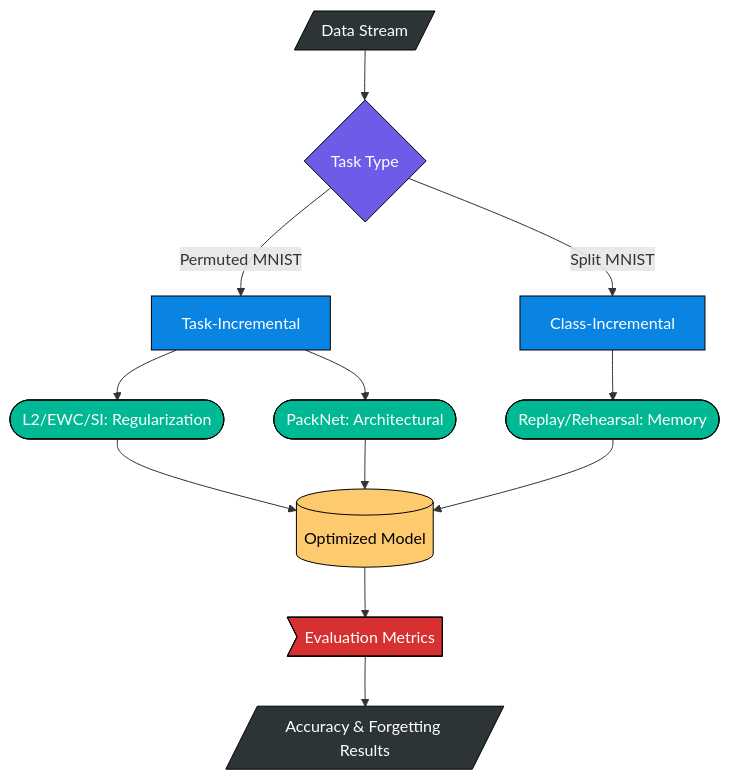
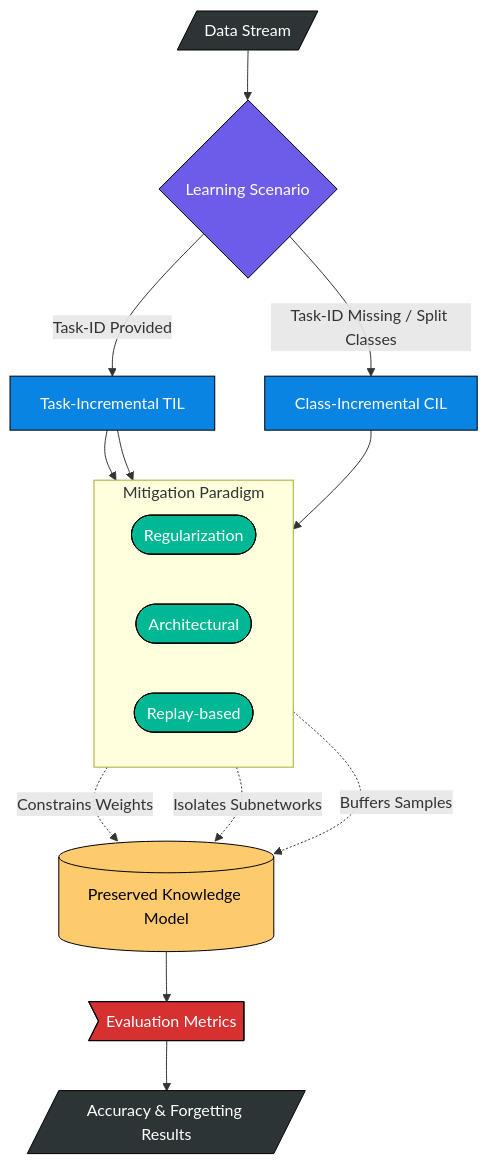
The diagram in README.md (aniketqxp/catastrophic-forgetting-mitigation), drawn with Mermaid before and after one commit. The commit also changed other lines of this file, not shown here.

Commit message:
docs: correct architectural logic in flowchart and update performance plots

````diff
--- a/README.md
+++ b/README.md
@@ -17,30 +17,36 @@
 ```mermaid
 graph TD
     %% Node Definitions
-    A[/Data Stream/] --> B{Task Type}
-    B -->|Permuted MNIST| C[Task-Incremental]
-    B -->|Split MNIST| D[Class-Incremental]
+    A[/Data Stream/] --> B{Learning Scenario}
+    B -->|Task-ID Provided| C[Task-Incremental TIL]
+    B -->|Task-ID Missing / Split Classes| D[Class-Incremental CIL]
     
-    C --> E([L2/EWC/SI: Regularization])
-    C --> F([PackNet: Architectural])
-    D --> H([Replay/Rehearsal: Memory])
+    subgraph Mitigation Paradigm
+        direction LR
+        E([Regularization])
+        F([Architectural])
+        H([Replay-based])
+    end
     
-    E --> G[(Optimized Model)]
-    F --> G
-    H --> G
+    E -.->|Constrains Weights| G
+    F -.->|Isolates Subnetworks| G
+    H -.->|Buffers Samples| G
     
-    G --> I>Evaluation Metrics]
+    C --> E & F
+    D --> H
+    
+    G[(Preserved Knowledge Model)] --> I>Evaluation Metrics]
     I --> J[/Accuracy & Forgetting Results/]
 
     %% Styling
     style A fill:#2d3436,stroke:#000,color:#fff
     style B fill:#6c5ce7,stroke:#000,color:#fff
     style C fill:#0984e3,stroke:#000,color:#fff
     style D fill:#0984e3,stroke:#000,color:#fff
     style E fill:#00b894,stroke:#000,color:#fff
     style F fill:#00b894,stroke:#000,color:#fff
     style H fill:#00b894,stroke:#000,color:#fff
     style G fill:#fdcb6e,stroke:#000,color:#000
     style I fill:#d63031,stroke:#000,color:#fff
     style J fill:#2d3436,stroke:#000,color:#fff
 ```
````
